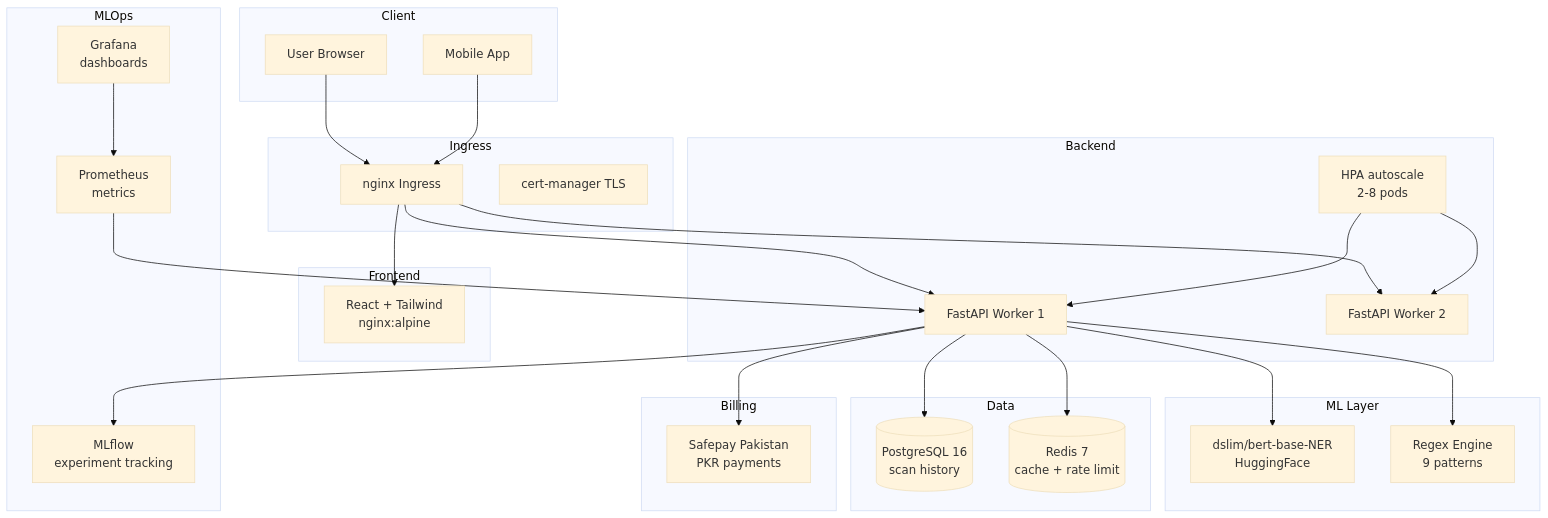
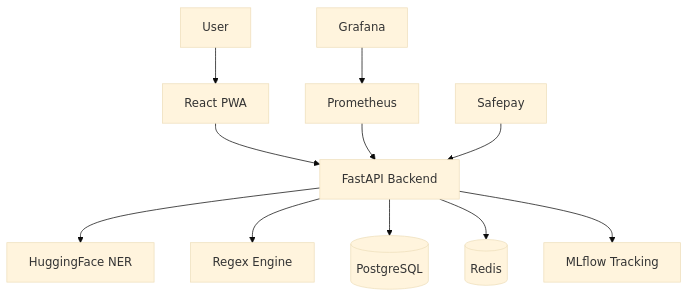
The diagram in README.md (Khan-Feroz211/MyCyber-Project), drawn with Mermaid (base theme) before and after one commit. The commit also changed other lines of this file and 20 other files, not shown here.

````diff
--- a/README.md
+++ b/README.md
@@ -24,58 +65,13 @@
 ```mermaid
 graph TB
-    subgraph Client
-        U[User Browser]
-        M[Mobile App]
-    end
-
-    subgraph Ingress
-        N[nginx Ingress]
-        SSL[cert-manager TLS]
-    end
-
-    subgraph Frontend
-        FE[React + Tailwind<br/>nginx:alpine]
-    end
-
-    subgraph Backend
-        BE1[FastAPI Worker 1]
-        BE2[FastAPI Worker 2]
-        HPA[HPA autoscale<br/>2-8 pods]
-    end
-
-    subgraph ML Layer
-        NER[dslim/bert-base-NER<br/>HuggingFace]
-        REG[Regex Engine<br/>9 patterns]
-    end
-
-    subgraph Data
-        PG[(PostgreSQL 16<br/>scan history)]
-        RD[(Redis 7<br/>cache + rate limit)]
-    end
-
-    subgraph MLOps
-        MLF[MLflow<br/>experiment tracking]
-        PROM[Prometheus<br/>metrics]
-        GRAF[Grafana<br/>dashboards]
-    end
-
-    subgraph Billing
-        SP[Safepay Pakistan<br/>PKR payments]
-    end
-
-    U --> N
-    M --> N
-    N --> FE
-    N --> BE1
-    N --> BE2
-    BE1 --> NER
-    BE1 --> REG
-    BE1 --> PG
-    BE1 --> RD
-    BE1 --> MLF
-    PROM --> BE1
-    GRAF --> PROM
-    BE1 --> SP
-    HPA --> BE1
-    HPA --> BE2
+    U[User] --> FE[React PWA]
+    FE --> API[FastAPI Backend]
+    API --> NER[HuggingFace NER]
+    API --> REX[Regex Engine]
+    API --> PG[(PostgreSQL)]
+    API --> RD[(Redis)]
+    API --> ML[MLflow Tracking]
+    PROM[Prometheus] --> API
+    GRAF[Grafana] --> PROM
+    SP[Safepay] --> API
 ```
````
